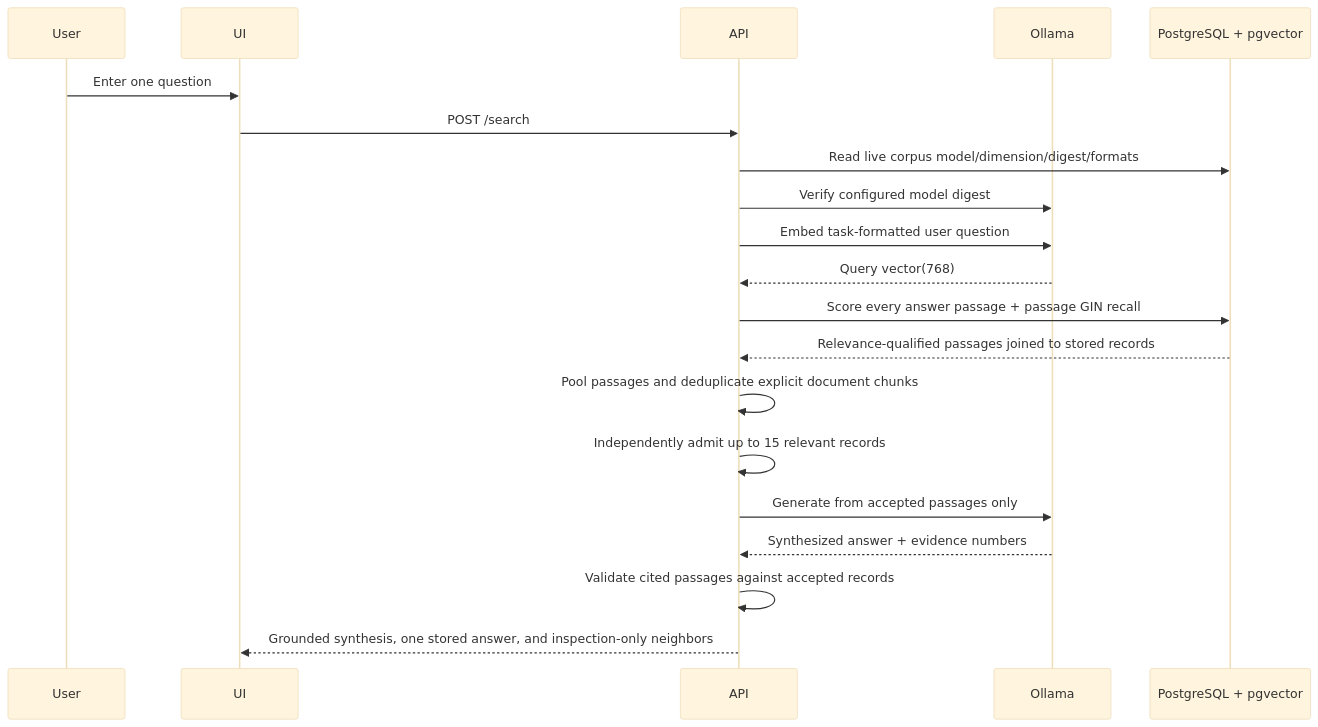
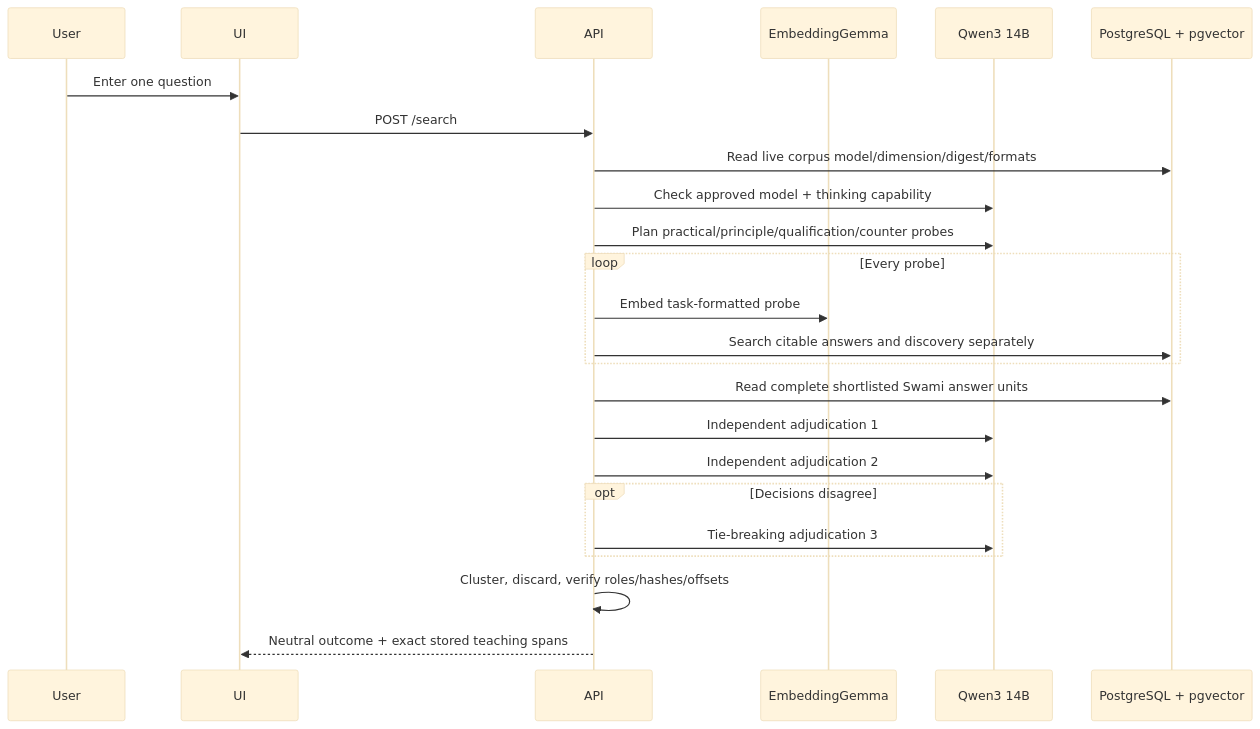
One commit to Ramakanth001/tools changed the fourth of 4 diagrams in semantic-qa/ARCHITECTURE.md. Above: the diagram before and after it, drawn with Mermaid (base theme). The commit also changed other lines of this file and 3 other files, not shown here.

First line of the commit message:
docs(corpus): document the v5 role-aware retrieval architecture and operational flow

````diff
--- a/semantic-qa/ARCHITECTURE.md
+++ b/semantic-qa/ARCHITECTURE.md
@@ -493,23 +481,27 @@
 ```mermaid
 sequenceDiagram
     participant User
     participant UI
     participant API
-    participant Ollama
+    participant Embed as EmbeddingGemma
+    participant Qwen as Qwen3 14B
     participant PG as PostgreSQL + pgvector
 
     User->>UI: Enter one question
     UI->>API: POST /search
     API->>PG: Read live corpus model/dimension/digest/formats
-    API->>Ollama: Verify configured model digest
-    API->>Ollama: Embed task-formatted user question
-    Ollama-->>API: Query vector(768)
-    API->>PG: Score every answer passage + passage GIN recall
-    PG-->>API: Relevance-qualified passages joined to stored records
-    API->>API: Pool passages and deduplicate explicit document chunks
-    API->>API: Independently admit up to 15 relevant records
-    API->>Ollama: Generate from accepted passages only
-    Ollama-->>API: Synthesized answer + evidence numbers
-    API->>API: Validate cited passages against accepted records
-    API-->>UI: Grounded synthesis, one stored answer, and inspection-only neighbors
+    API->>Qwen: Check approved model + thinking capability
+    API->>Qwen: Plan practical/principle/qualification/counter probes
+    loop Every probe
+        API->>Embed: Embed task-formatted probe
+        API->>PG: Search citable answers and discovery separately
+    end
+    API->>PG: Read complete shortlisted Swami answer units
+    API->>Qwen: Independent adjudication 1
+    API->>Qwen: Independent adjudication 2
+    opt Decisions disagree
+        API->>Qwen: Tie-breaking adjudication 3
+    end
+    API->>API: Cluster, discard, verify roles/hashes/offsets
+    API-->>UI: Neutral outcome + exact stored teaching spans
 ```
````
